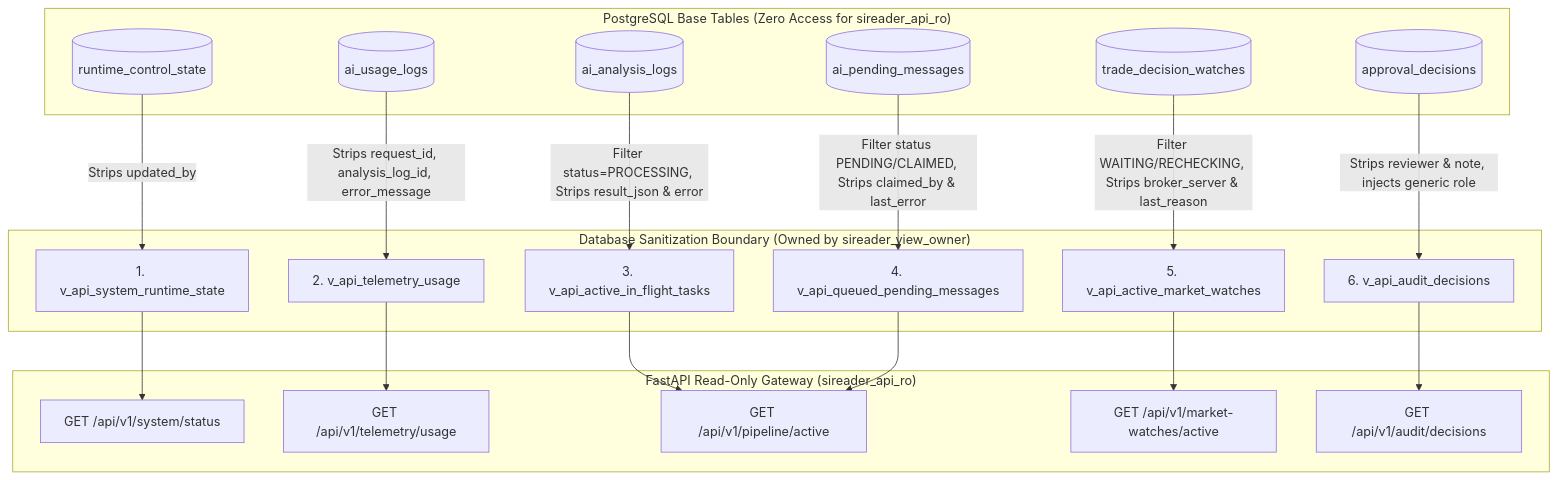
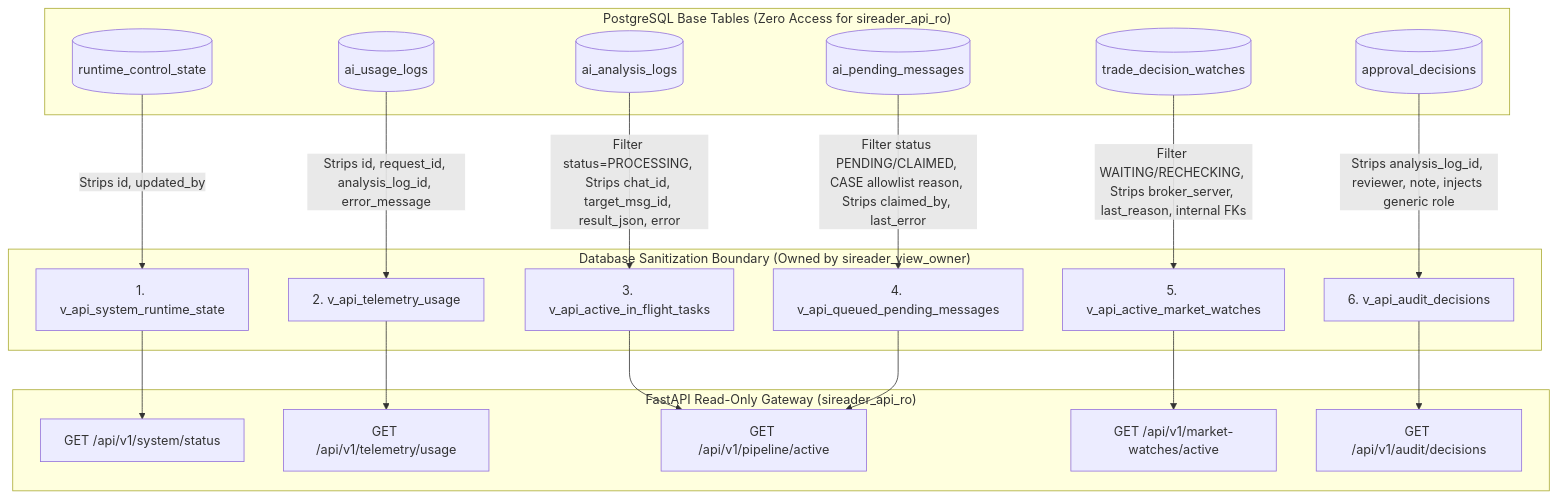
The diagram in PHASE_3_1_API_CONTRACT.md (awandhani22-boop/SIREADER-Python-Backend), drawn with Mermaid before and after one commit. The commit also changed other lines of this file, not shown here.

````diff
--- a/PHASE_3_1_API_CONTRACT.md
+++ b/PHASE_3_1_API_CONTRACT.md
@@ -86,42 +86,42 @@
 ```mermaid
 flowchart TD
     subgraph BaseTables["PostgreSQL Base Tables (Zero Access for sireader_api_ro)"]
         T1[("runtime_control_state")]
         T2[("ai_usage_logs")]
         T3[("ai_analysis_logs")]
         T4[("ai_pending_messages")]
         T5[("trade_decision_watches")]
         T6[("approval_decisions")]
     end
 
     subgraph SecurityBoundary["Database Sanitization Boundary (Owned by sireader_view_owner)"]
         V1["1. v_api_system_runtime_state"]
         V2["2. v_api_telemetry_usage"]
         V3["3. v_api_active_in_flight_tasks"]
         V4["4. v_api_queued_pending_messages"]
         V5["5. v_api_active_market_watches"]
         V6["6. v_api_audit_decisions"]
     end
 
     subgraph APIEndpoints["FastAPI Read-Only Gateway (sireader_api_ro)"]
         E1["GET /api/v1/system/status"]
         E2["GET /api/v1/telemetry/usage"]
         E3["GET /api/v1/pipeline/active"]
         E4["GET /api/v1/market-watches/active"]
         E5["GET /api/v1/audit/decisions"]
     end
 
-    T1 -->|Strips updated_by| V1
-    T2 -->|Strips request_id, analysis_log_id, error_message| V2
-    T3 -->|Filter status=PROCESSING, Strips result_json & error| V3
-    T4 -->|Filter status PENDING/CLAIMED, Strips claimed_by & last_error| V4
-    T5 -->|Filter WAITING/RECHECKING, Strips broker_server & last_reason| V5
-    T6 -->|Strips reviewer & note, injects generic role| V6
+    T1 -->|Strips id, updated_by| V1
+    T2 -->|Strips id, request_id, analysis_log_id, error_message| V2
+    T3 -->|Filter status=PROCESSING, Strips chat_id, target_msg_id, result_json, error| V3
+    T4 -->|Filter status PENDING/CLAIMED, CASE allowlist reason, Strips claimed_by, last_error| V4
+    T5 -->|Filter WAITING/RECHECKING, Strips broker_server, last_reason, internal FKs| V5
+    T6 -->|Strips analysis_log_id, reviewer, note, injects generic role| V6
 
     V1 --> E1
     V2 --> E2
     V3 --> E3
     V4 --> E3
     V5 --> E4
     V6 --> E5
 ```
````
